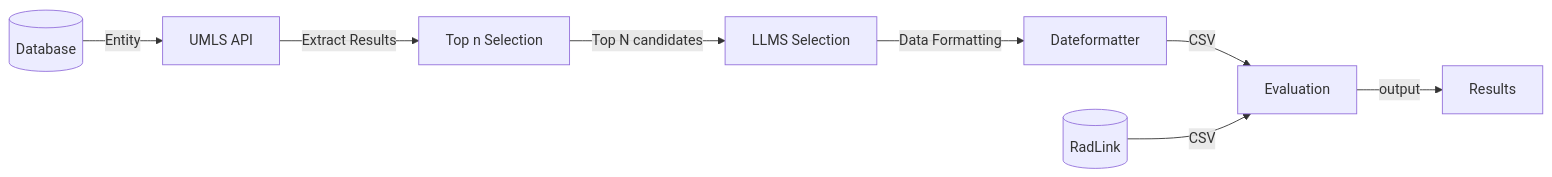
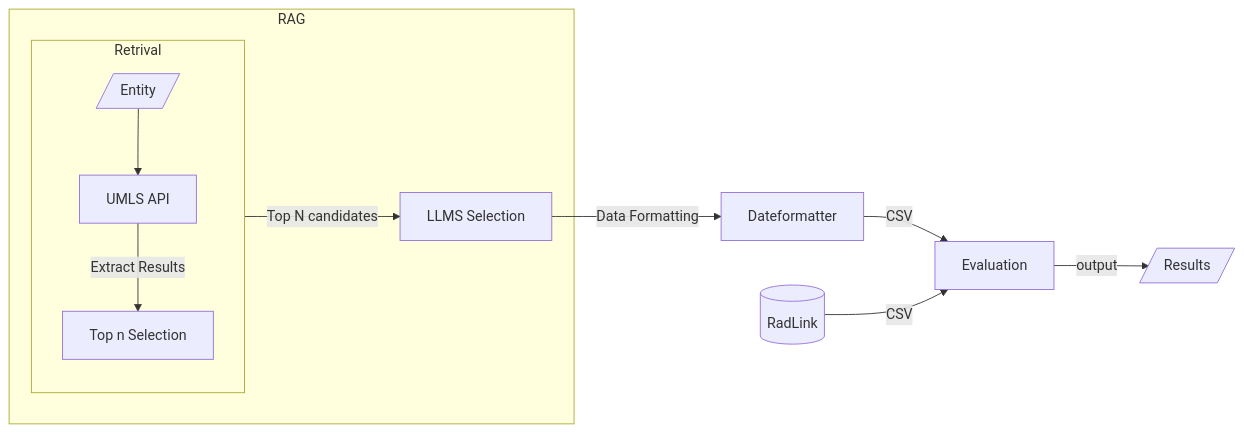
The diagram in src/medkgc/nen/README.md (MouYongli/MedKGC), drawn with Mermaid before and after one commit.

````diff
--- a/src/medkgc/nen/README.md
+++ b/src/medkgc/nen/README.md
@@ -33,10 +33,17 @@
 ```mermaid
 flowchart LR
-    DB[(Database)] -->|Entity| API[UMLS API]
-    API -->|Extract Results| RES[Top n Selection]
-    RES -->|Top N candidates| LLMS[LLMS Selection]
+    subgraph RAG
+
+        subgraph Retrival
+            direction TB
+            A@{ shape: lean-r, label: "Entity" } --> API[UMLS API]
+            API -->|Extract Results| RES[Top n Selection]
+        end
+        Retrival -->|Top N candidates| LLMS[LLMS Selection]
+    end
+
     LLMS -->|Data Formatting| DF[Dateformatter]
     DF -->|CSV| E[Evaluation]
     DB2[(RadLink)] --> |CSV| E
-    E -->|output| G[Results]
+    E -->|output| G@{ shape: lean-r, label: "Results" }
 ```
````
